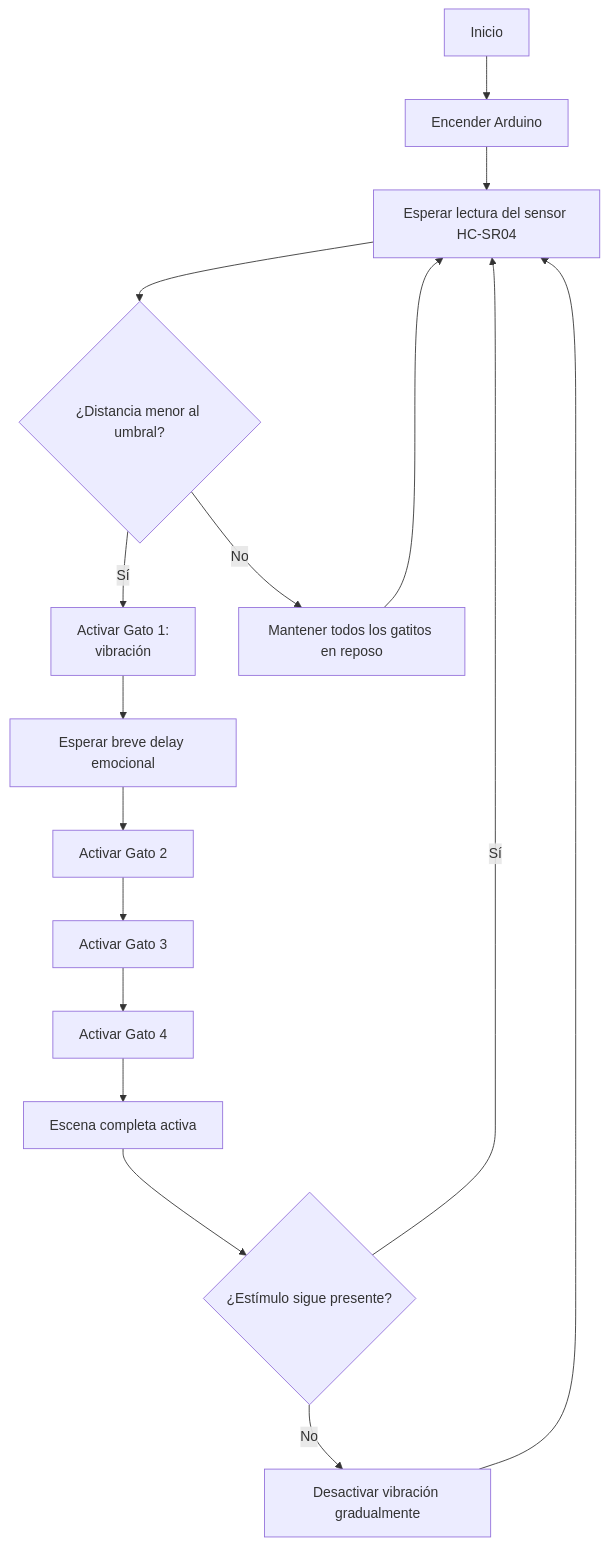
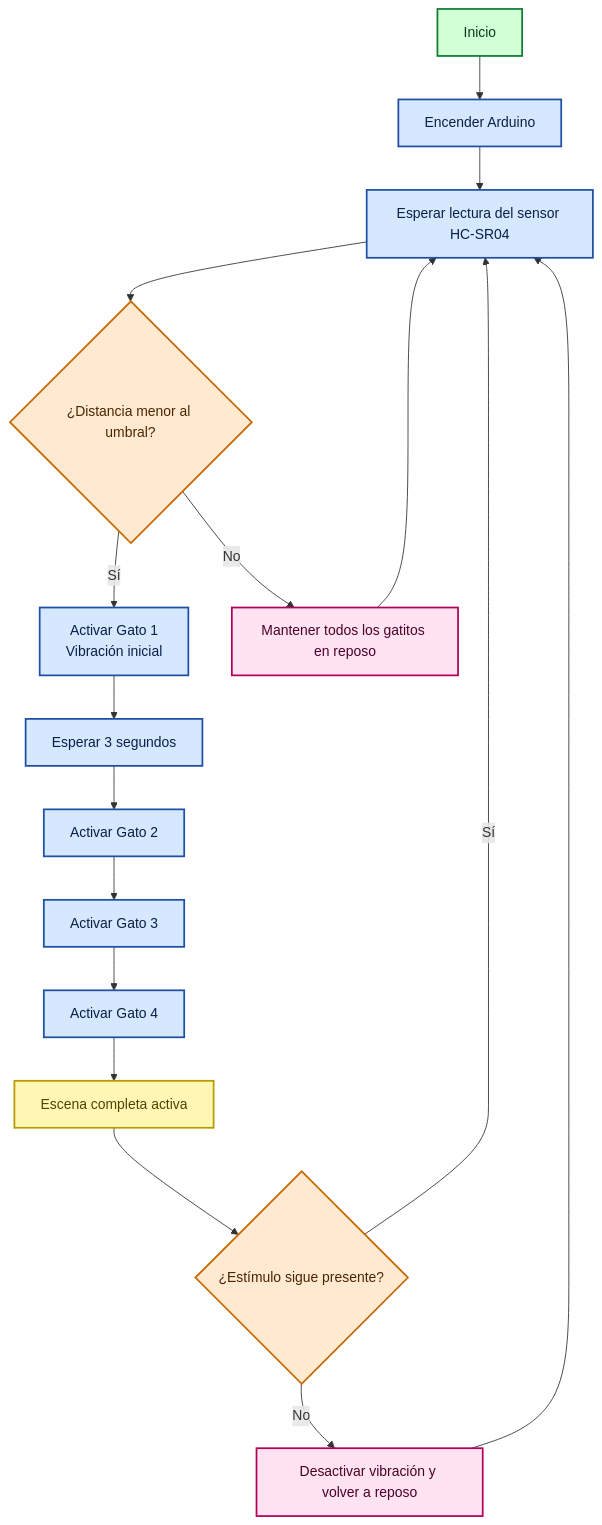
Before and after one commit to disenoUDP/dis8645-2025-2-proyectos: the diagram in 00-examen/grupo-02/README.md, drawn with Mermaid. The commit also changed other lines of this file, not shown here.

````diff
--- a/00-examen/grupo-02/README.md
+++ b/00-examen/grupo-02/README.md
@@ -122,24 +122,32 @@
 ```mermaid
 flowchart TD
-    A[Inicio] --> B[Encender Arduino]
-    B --> C[Esperar lectura del sensor HC-SR04]
+    %% === ESTILOS GENERALES ===
+    classDef inicio fill:#d1ffd6,stroke:#0f7b33,stroke-width:2px,color:#0a3e1a
+    classDef proceso fill:#d6e8ff,stroke:#1e4fa3,stroke-width:2px,color:#0a1f46
+    classDef decision fill:#ffe9d1,stroke:#c76a00,stroke-width:2px,color:#4a2600
+    classDef reposo fill:#ffe3f3,stroke:#b30059,stroke-width:2px,color:#4d0026
+    classDef final fill:#fff7b3,stroke:#b59a00,stroke-width:2px,color:#4d4400
 
-    C --> D{¿Distancia menor al umbral?}
+    A[Inicio]:::inicio --> B[Encender Arduino]:::proceso
+    B --> C[Esperar lectura del sensor HC-SR04]:::proceso
 
-    D -- Sí --> E[Activar Gato 1:<br>vibración]
-    E --> F[Esperar breve delay emocional]
-    F --> G[Activar Gato 2]
-    G --> H[Activar Gato 3]
-    H --> I[Activar Gato 4]
+    C --> D{¿Distancia menor al umbral?}:::decision
 
-    D -- No --> J[Mantener todos los gatitos en reposo]
+    D -- Sí --> E[Activar Gato 1<br>Vibración inicial]:::proceso
+    E --> F[Esperar 3 segundos]:::proceso
+    F --> G[Activar Gato 2]:::proceso
+    G --> H[Activar Gato 3]:::proceso
+    H --> I[Activar Gato 4]:::proceso
 
-    I --> K[Escena completa activa]
+    D -- No --> J[Mantener todos los gatitos en reposo]:::reposo
+
+    I --> K[Escena completa activa]:::final
     J --> C
-    K --> L{¿Estímulo sigue presente?}
+    K --> L{¿Estímulo sigue presente?}:::decision
 
     L -- Sí --> C
-    L -- No --> M[Desactivar vibración gradualmente]
+    L -- No --> M[Desactivar vibración y volver a reposo]:::reposo
 
     M --> C
+
 ```
````
